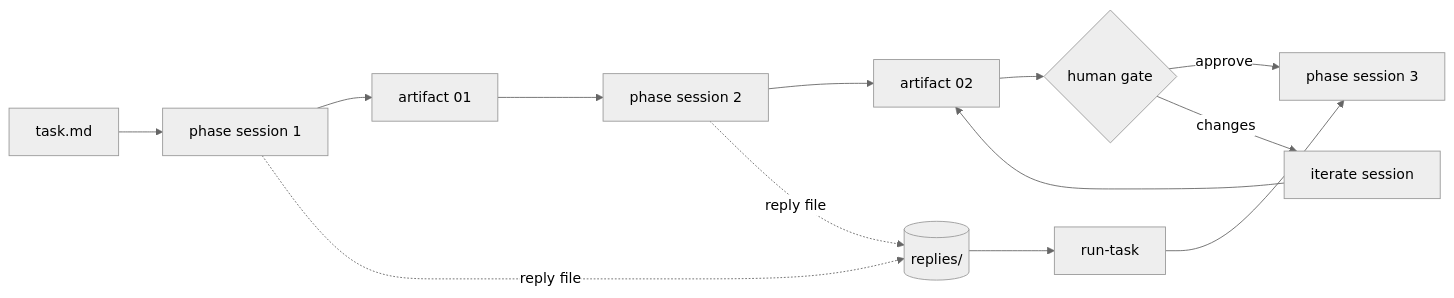
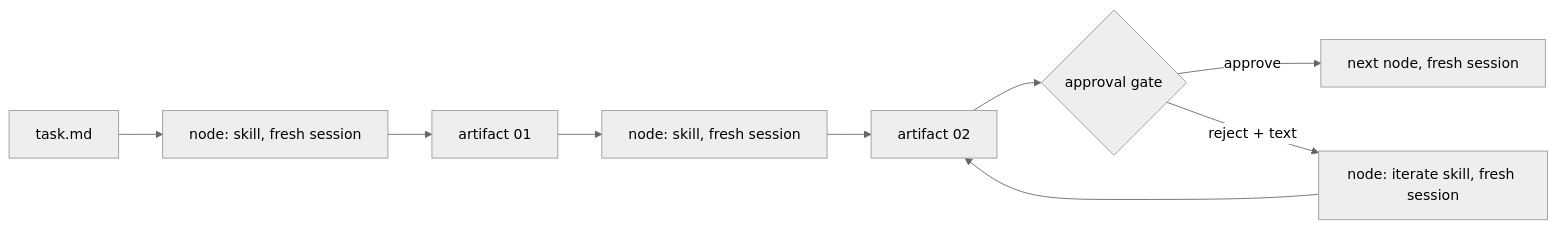
The diagram in docs/context-management.md (MarkTripoli/skills), drawn with Mermaid (neutral theme) before and after one commit. The commit also changed other lines of this file and 10 other files, not shown here.

````diff
--- a/docs/context-management.md
+++ b/docs/context-management.md
@@ -17,15 +17,11 @@
 ```mermaid
 flowchart LR
-  T[task.md] --> P1[phase session 1]
+  T[task.md] --> P1[node: skill, fresh session]
   P1 --> A1[artifact 01]
-  A1 --> P2[phase session 2]
+  A1 --> P2[node: skill, fresh session]
   P2 --> A2[artifact 02]
-  A2 --> G{human gate}
-  G -- approve --> P3[phase session 3]
-  G -- changes --> I[iterate session]
+  A2 --> G{approval gate}
+  G -- approve --> P3[next node, fresh session]
+  G -- reject + text --> I[node: iterate skill, fresh session]
   I --> A2
-  P1 -. reply file .-> R[(replies/)]
-  P2 -. reply file .-> R
-  R --> O[run-task]
-  O --> P3
 ```
````
